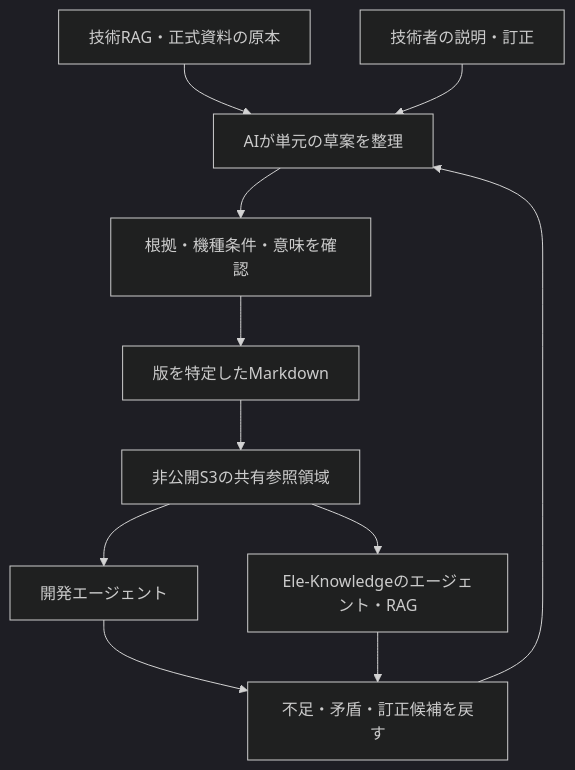
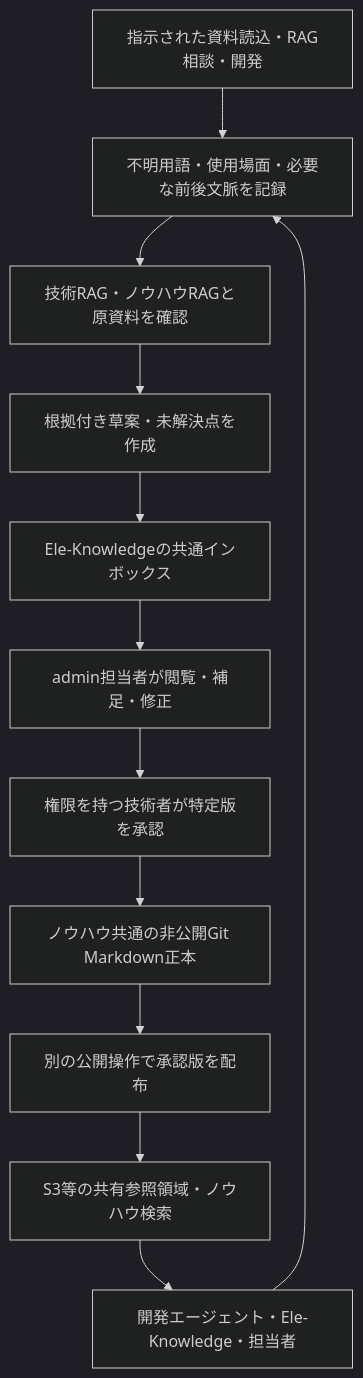
Before and after one commit to Mona71072/EleKnowledge-AI: the diagram in docs/concept-2026-10-21-product-domain-knowledge.md, drawn with Mermaid (dark theme). The commit also changed other lines of this file, not shown here.

````diff
--- a/docs/concept-2026-10-21-product-domain-knowledge.md
+++ b/docs/concept-2026-10-21-product-domain-knowledge.md
@@ -36,13 +38,14 @@
 ```mermaid
 flowchart TD
-    A[技術RAG・正式資料の原本] --> C[AIが単元の草案を整理]
-    B[技術者の説明・訂正] --> C
-    C --> D[根拠・機種条件・意味を確認]
-    D --> E[版を特定したMarkdown]
-    E --> F[非公開S3の共有参照領域]
-    F --> G[開発エージェント]
-    F --> H[Ele-Knowledgeのエージェント・RAG]
-    G --> I[不足・矛盾・訂正候補を戻す]
-    H --> I
-    I --> C
+    A[指示された資料読込・RAG相談・開発] --> B[不明用語・使用場面・必要な前後文脈を記録]
+    B --> C[技術RAG・ノウハウRAGと原資料を確認]
+    C --> D[根拠付き草案・未解決点を作成]
+    D --> E[Ele-Knowledgeの共通インボックス]
+    E --> F[admin担当者が閲覧・補足・修正]
+    F --> G[権限を持つ技術者が特定版を承認]
+    G --> H[ノウハウ共通の非公開Git Markdown正本]
+    H --> I[別の公開操作で承認版を配布]
+    I --> J[S3等の共有参照領域・ノウハウ検索]
+    J --> K[開発エージェント・Ele-Knowledge・担当者]
+    K --> B
 ```
````
